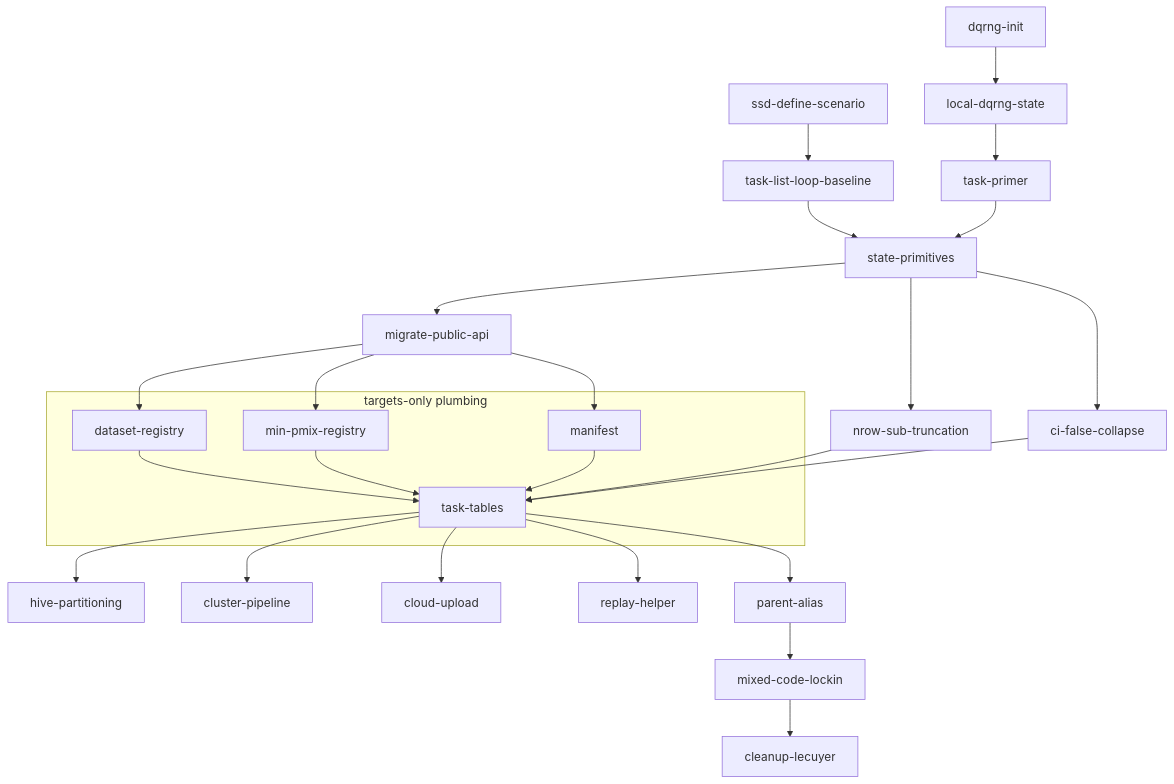
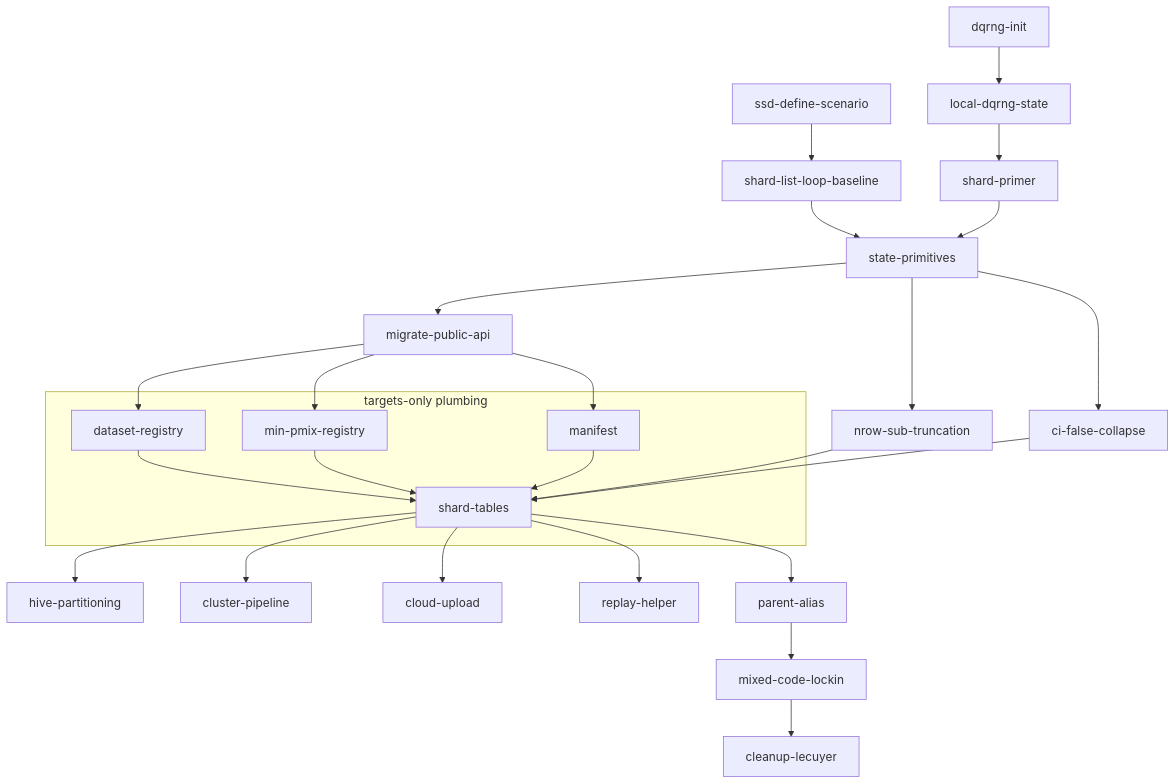
The diagram in TARGETS-DESIGN.md (poissonconsulting/ssdsims), drawn with Mermaid before and after one commit. The commit also changed other lines of this file and 2 other files, not shown here.

First line of the commit message:
docs: adopt 'shard' as the 1-Parquet unit; reserve step/target/job

````diff
--- a/TARGETS-DESIGN.md
+++ b/TARGETS-DESIGN.md
@@ -1322,55 +1326,55 @@
 ```mermaid
 flowchart TD
     define[ssd-define-scenario]
-    baseline[task-list-loop-baseline]
+    baseline[shard-list-loop-baseline]
     dqinit[dqrng-init]
     dqstate[local-dqrng-state]
-    primer[task-primer]
+    primer[shard-primer]
     prims[state-primitives]
     migrate[migrate-public-api]
     nrow[nrow-sub-truncation]
     ci[ci-false-collapse]
 
     subgraph targets [targets-only plumbing]
         dsreg[dataset-registry]
         pmreg[min-pmix-registry]
         manif[manifest]
-        tt[task-tables]
-        dsreg --> tt
-        pmreg --> tt
-        manif --> tt
+        st[shard-tables]
+        dsreg --> st
+        pmreg --> st
+        manif --> st
     end
 
     hive[hive-partitioning]
     cluster[cluster-pipeline]
     cloud[cloud-upload]
     replay[replay-helper]
     alias[parent-alias]
     lockin[mixed-code-lockin]
     cleanup[cleanup-lecuyer]
 
     define --> baseline
     dqinit --> dqstate
     dqstate --> primer
     baseline --> prims
     primer --> prims
 
     prims --> migrate
     prims --> nrow
     prims --> ci
 
     migrate --> dsreg
     migrate --> pmreg
     migrate --> manif
-    nrow --> tt
-    ci --> tt
+    nrow --> st
+    ci --> st
 
-    tt --> hive
-    tt --> cluster
-    tt --> cloud
-    tt --> replay
-    tt --> alias
+    st --> hive
+    st --> cluster
+    st --> cloud
+    st --> replay
+    st --> alias
 
     alias --> lockin
     lockin --> cleanup
 ```
````
